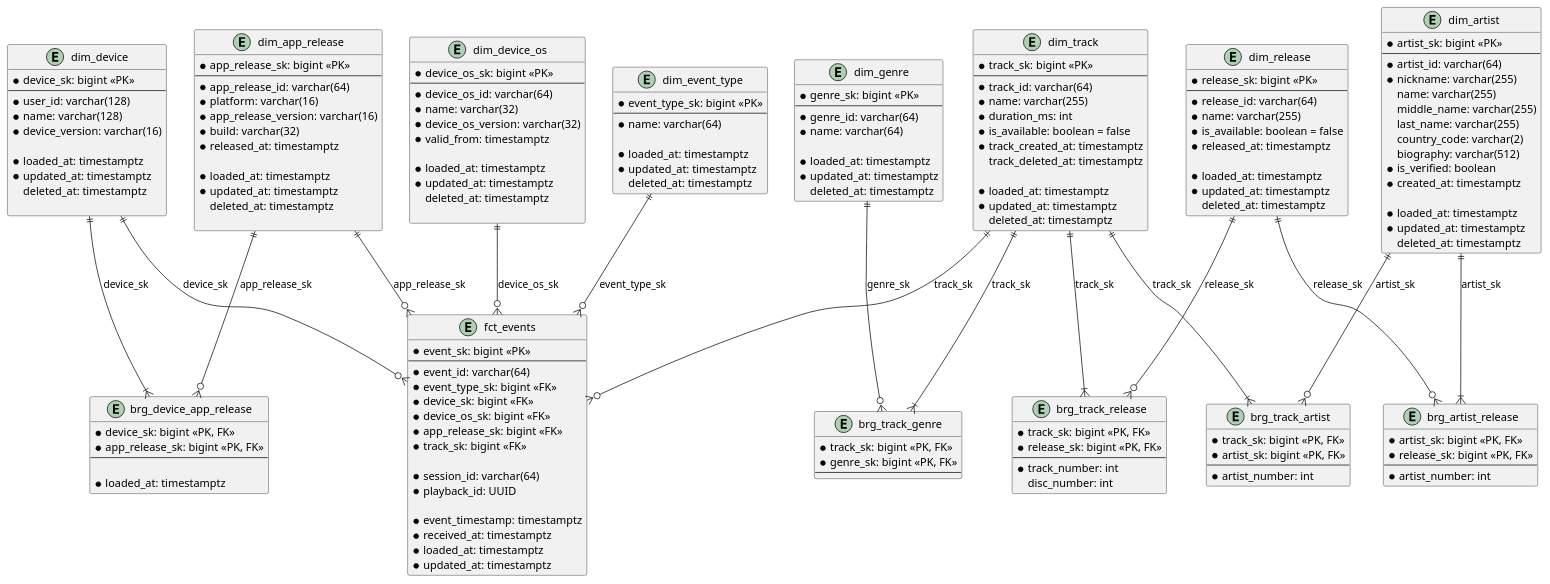
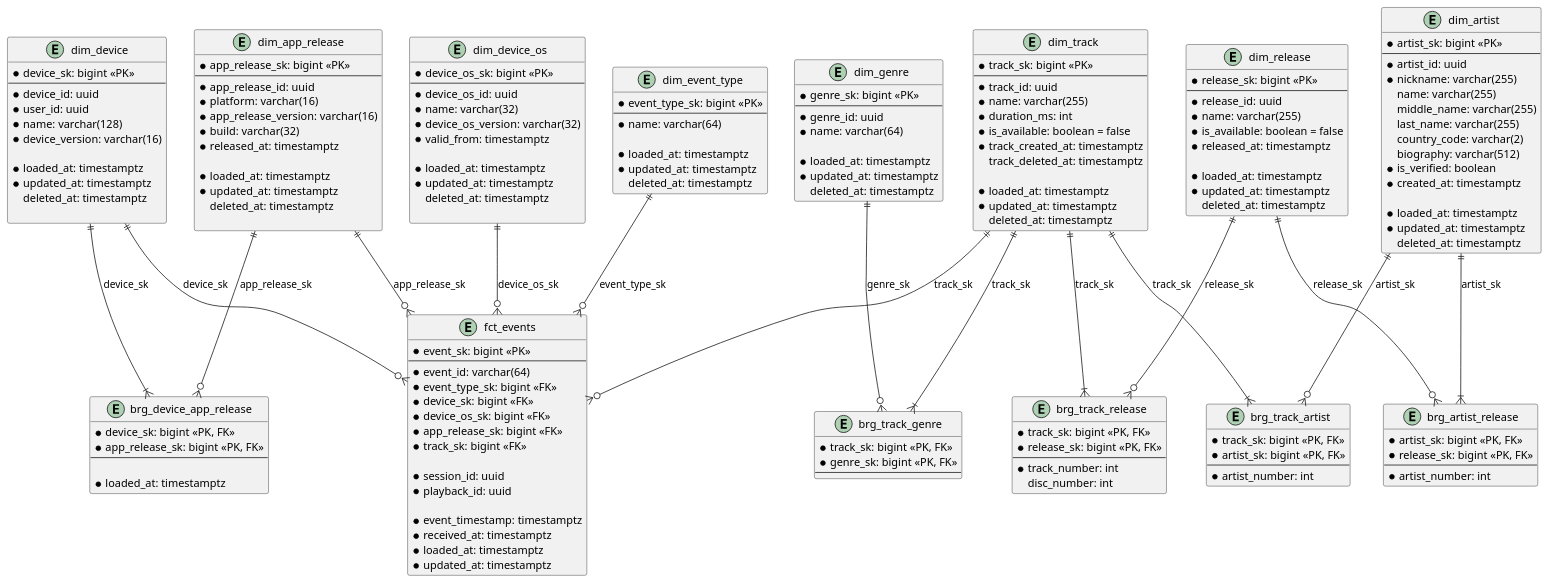
The diagram in sql/dwh/docs/ddl.puml (SINdeletE/music-stream-flow), drawn with PlantUML before and after one commit. The commit also changed 40 other files, not shown here.

```diff
--- a/sql/dwh/docs/ddl.puml
+++ b/sql/dwh/docs/ddl.puml
@@ -1,193 +1,194 @@
 @startuml
 
 ' Dimentions
 entity dim_device {
     * device_sk: bigint <<PK>>
     --
-    * user_id: varchar(128)
+    * device_id: uuid
+    * user_id: uuid
     * name: varchar(128)
     * device_version: varchar(16)
 
     * loaded_at: timestamptz
     * updated_at: timestamptz
     deleted_at: timestamptz
 
 }
 
 entity dim_device_os {
     * device_os_sk: bigint <<PK>>
     --
-    * device_os_id: varchar(64)
+    * device_os_id: uuid
     * name: varchar(32)
     * device_os_version: varchar(32)
     * valid_from: timestamptz
 
     * loaded_at: timestamptz
     * updated_at: timestamptz
     deleted_at: timestamptz
 
 }
 
 entity dim_app_release {
     * app_release_sk: bigint <<PK>>
     --
-    * app_release_id: varchar(64)
+    * app_release_id: uuid
     * platform: varchar(16)
     * app_release_version: varchar(16)
     * build: varchar(32)
     * released_at: timestamptz
 
     * loaded_at: timestamptz
     * updated_at: timestamptz
     deleted_at: timestamptz
 
 }
 
 entity dim_track {
     * track_sk: bigint <<PK>>
     --
-    * track_id: varchar(64)
+    * track_id: uuid
     * name: varchar(255)
     * duration_ms: int
     * is_available: boolean = false
     * track_created_at: timestamptz
     track_deleted_at: timestamptz
 
     * loaded_at: timestamptz
     * updated_at: timestamptz
     deleted_at: timestamptz
 }
 
 entity dim_artist {
     * artist_sk: bigint <<PK>>
     --
-    * artist_id: varchar(64)
+    * artist_id: uuid
     * nickname: varchar(255)
     name: varchar(255)
     middle_name: varchar(255)
     last_name: varchar(255)
     country_code: varchar(2)
     biography: varchar(512)
     * is_verified: boolean
     * created_at: timestamptz
 
     * loaded_at: timestamptz
     * updated_at: timestamptz
     deleted_at: timestamptz
 }
 
 entity dim_genre {
     * genre_sk: bigint <<PK>>
     --
-    * genre_id: varchar(64)
+    * genre_id: uuid
     * name: varchar(64)
 
     * loaded_at: timestamptz
     * updated_at: timestamptz
     deleted_at: timestamptz
 }
 
 entity dim_release {
     * release_sk: bigint <<PK>>
     --
-    * release_id: varchar(64)
+    * release_id: uuid
     * name: varchar(255)
     * is_available: boolean = false
     * released_at: timestamptz
 
     * loaded_at: timestamptz
     * updated_at: timestamptz
     deleted_at: timestamptz
 }
 
 entity dim_event_type {
     * event_type_sk: bigint <<PK>>
     --
     * name: varchar(64)
 
     * loaded_at: timestamptz
     * updated_at: timestamptz
     deleted_at: timestamptz
 }
 
 ' Bridges
 entity brg_device_app_release {
     * device_sk: bigint <<PK, FK>>
     * app_release_sk: bigint <<PK, FK>>
     --
 
     * loaded_at: timestamptz
 }
 
 entity brg_track_genre {
     * track_sk: bigint <<PK, FK>>
     * genre_sk: bigint <<PK, FK>>
     --
 }
 
 entity brg_track_artist {
     * track_sk: bigint <<PK, FK>>
     * artist_sk: bigint <<PK, FK>>
     --
     * artist_number: int
 }
 
 entity brg_track_release {
     * track_sk: bigint <<PK, FK>>
     * release_sk: bigint <<PK, FK>>
     --
     * track_number: int
     disc_number: int
 }
 
 entity brg_artist_release {
     * artist_sk: bigint <<PK, FK>>
     * release_sk: bigint <<PK, FK>>
     --
     * artist_number: int
 }
 
 ' Fact
 entity fct_events {
     * event_sk: bigint <<PK>>
     --
     * event_id: varchar(64)
     * event_type_sk: bigint <<FK>>
     * device_sk: bigint <<FK>>
     * device_os_sk: bigint <<FK>>
     * app_release_sk: bigint <<FK>>
     * track_sk: bigint <<FK>>
     
-    * session_id: varchar(64)
-    * playback_id: UUID
+    * session_id: uuid
+    * playback_id: uuid
 
     * event_timestamp: timestamptz
     * received_at: timestamptz
     * loaded_at: timestamptz
     * updated_at: timestamptz
 }
 
 ' Fact to dimensions (including Unknown / Not applicable members)
 dim_event_type ||--o{ fct_events : event_type_sk
 dim_device ||--o{ fct_events : device_sk
 dim_device_os ||--o{ fct_events : device_os_sk
 dim_app_release ||--o{ fct_events : app_release_sk
 dim_track ||--o{ fct_events : track_sk
 
 ' Dimensions to bridges
 dim_device ||--|{ brg_device_app_release : device_sk
 dim_app_release ||--o{ brg_device_app_release : app_release_sk
 
 dim_track ||--|{ brg_track_genre : track_sk
 dim_genre ||--o{ brg_track_genre : genre_sk
 
 dim_track ||--|{ brg_track_artist : track_sk
 dim_artist ||--o{ brg_track_artist : artist_sk
 
 dim_track ||--|{ brg_track_release : track_sk
 dim_release ||--o{ brg_track_release : release_sk
 
 dim_artist ||--|{ brg_artist_release : artist_sk
 dim_release ||--o{ brg_artist_release : release_sk
 
 @enduml
```
